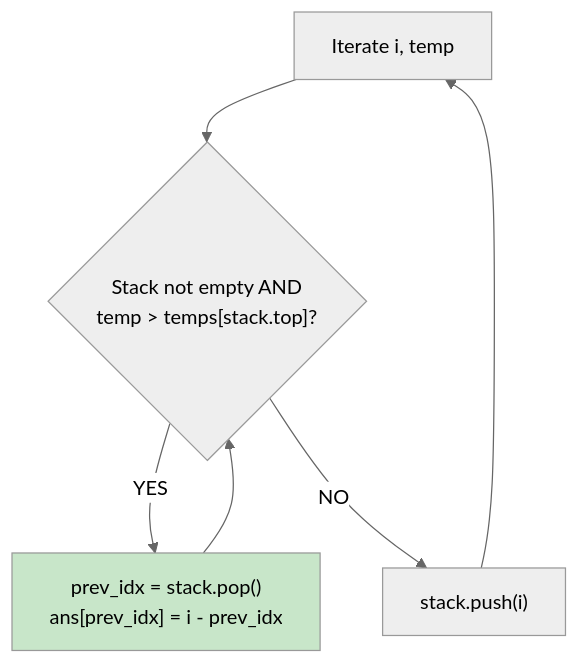
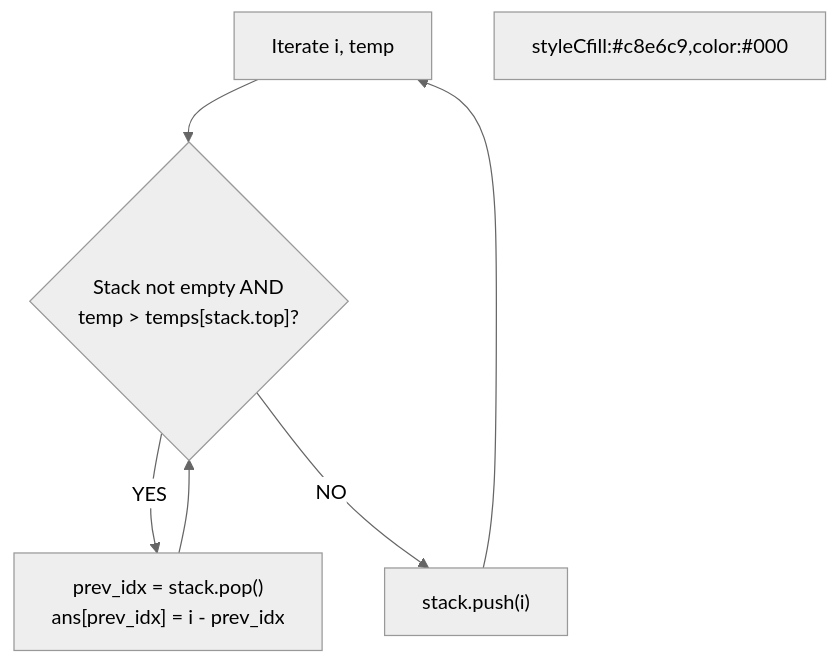
Before and after one commit to vadde/DSA: the diagram in 33 - Monotonic Queue Pattern/problem_02_daily_temperatures_walkthrough.md, drawn with Mermaid (neutral theme). The commit also changed 245 other files, not shown here.

First line of the commit message:
fix: Forensic fix of all Mermaid rendering issues across entire DSA repo + add pre-commit validation infrastructure

````diff
--- a/33 - Monotonic Queue Pattern/problem_02_daily_temperatures_walkthrough.md
+++ b/33 - Monotonic Queue Pattern/problem_02_daily_temperatures_walkthrough.md
@@ -34,10 +34,10 @@
 ```mermaid
 flowchart TD
     A["Iterate i, temp"] --> B{"Stack not empty AND\ntemp > temps[stack.top]?"}
     B -->|YES| C["prev_idx = stack.pop()\nans[prev_idx] = i - prev_idx"]
     C --> B
-    B -->|NO| D["stack.push(i)"]
+B -->|NO| D["stack.push(i)"]
     D --> A
-    
-    style C fill:#c8e6c9,color:#000
+
+styleCfill:#c8e6c9,color:#000
 ```
````
